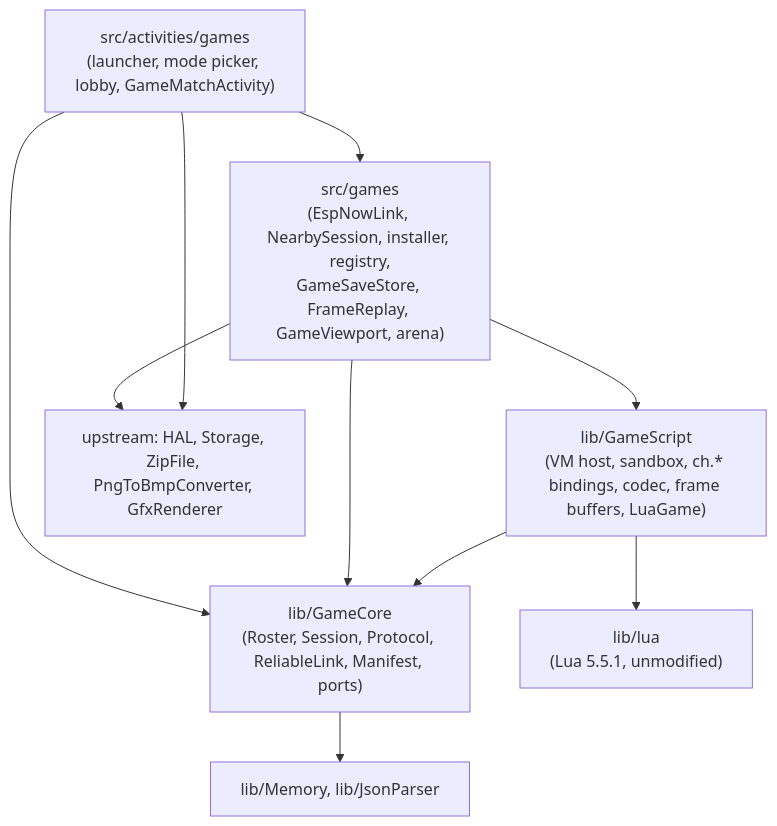
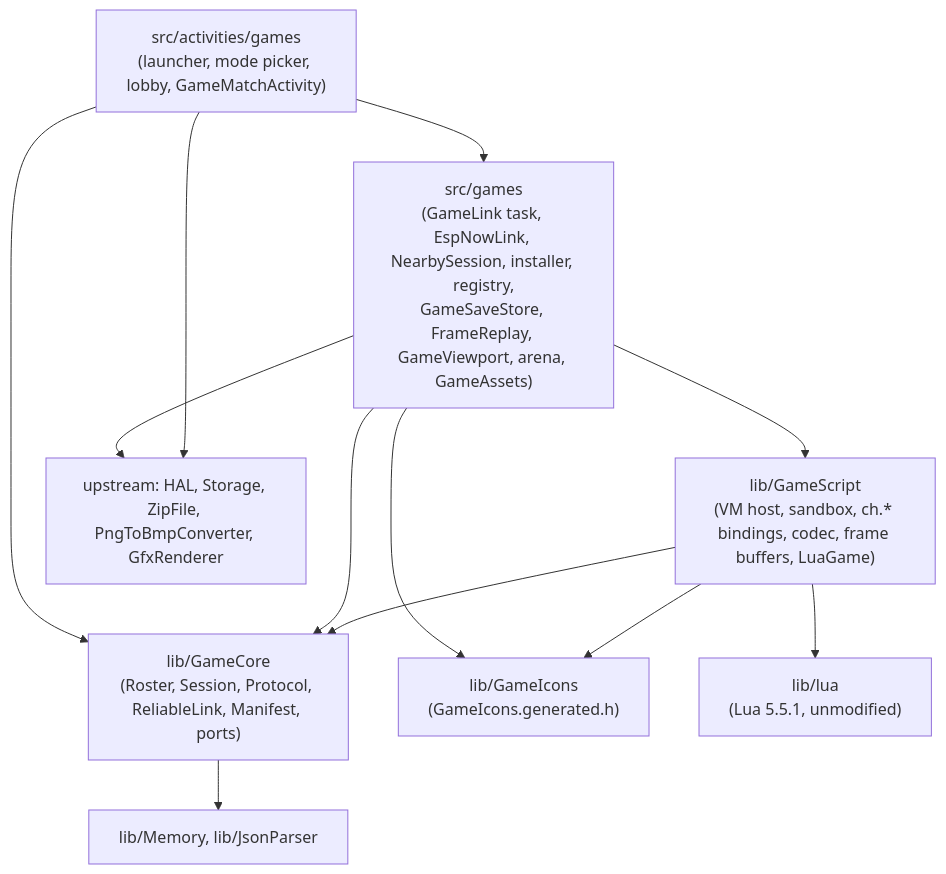
Before and after one commit to CarpeTelam/crosshatch-player: the first of 4 diagrams in _bmad-output/planning-artifacts/architecture/architecture-crosshatch-player-2026-09-26/ARCHITECTURE-SPINE.md, drawn with Mermaid. The commit also changed other lines of this file and 2 other files, not shown here.

First line of the commit message:
docs: add simple-games scope and icon library to the architecture spine

````diff
--- a/_bmad-output/planning-artifacts/architecture/architecture-crosshatch-player-2026-09-26/ARCHITECTURE-SPINE.md
+++ b/_bmad-output/planning-artifacts/architecture/architecture-crosshatch-player-2026-09-26/ARCHITECTURE-SPINE.md
@@ -38,12 +41,14 @@
 ```mermaid
 flowchart TD
-  ACT["src/activities/games<br/>(launcher, mode picker, lobby, GameMatchActivity)"] --> ADP["src/games<br/>(EspNowLink, NearbySession, installer, registry,<br/>GameSaveStore, FrameReplay, GameViewport, arena)"]
+  ACT["src/activities/games<br/>(launcher, mode picker, lobby, GameMatchActivity)"] --> ADP["src/games<br/>(GameLink task, EspNowLink, NearbySession, installer, registry,<br/>GameSaveStore, FrameReplay, GameViewport, arena, GameAssets)"]
   ACT --> CORE["lib/GameCore<br/>(Roster, Session, Protocol, ReliableLink, Manifest, ports)"]
   ADP --> SCR["lib/GameScript<br/>(VM host, sandbox, ch.* bindings, codec, frame buffers, LuaGame)"]
   ADP --> CORE
+  ADP --> ICO["lib/GameIcons<br/>(GameIcons.generated.h)"]
   SCR --> CORE
+  SCR --> ICO
   SCR --> LUA["lib/lua<br/>(Lua 5.5.1, unmodified)"]
   CORE --> STD["lib/Memory, lib/JsonParser"]
   ADP --> HAL["upstream: HAL, Storage, ZipFile, PngToBmpConverter, GfxRenderer"]
   ACT --> HAL
 ```
````
